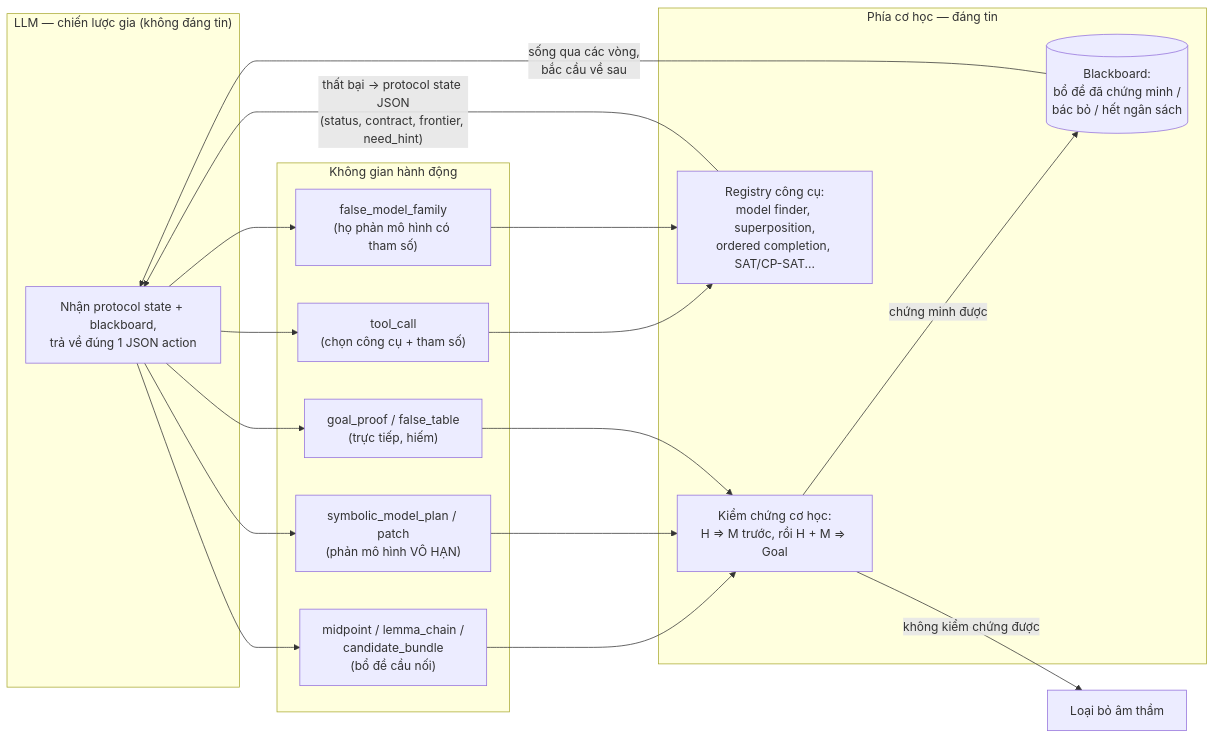
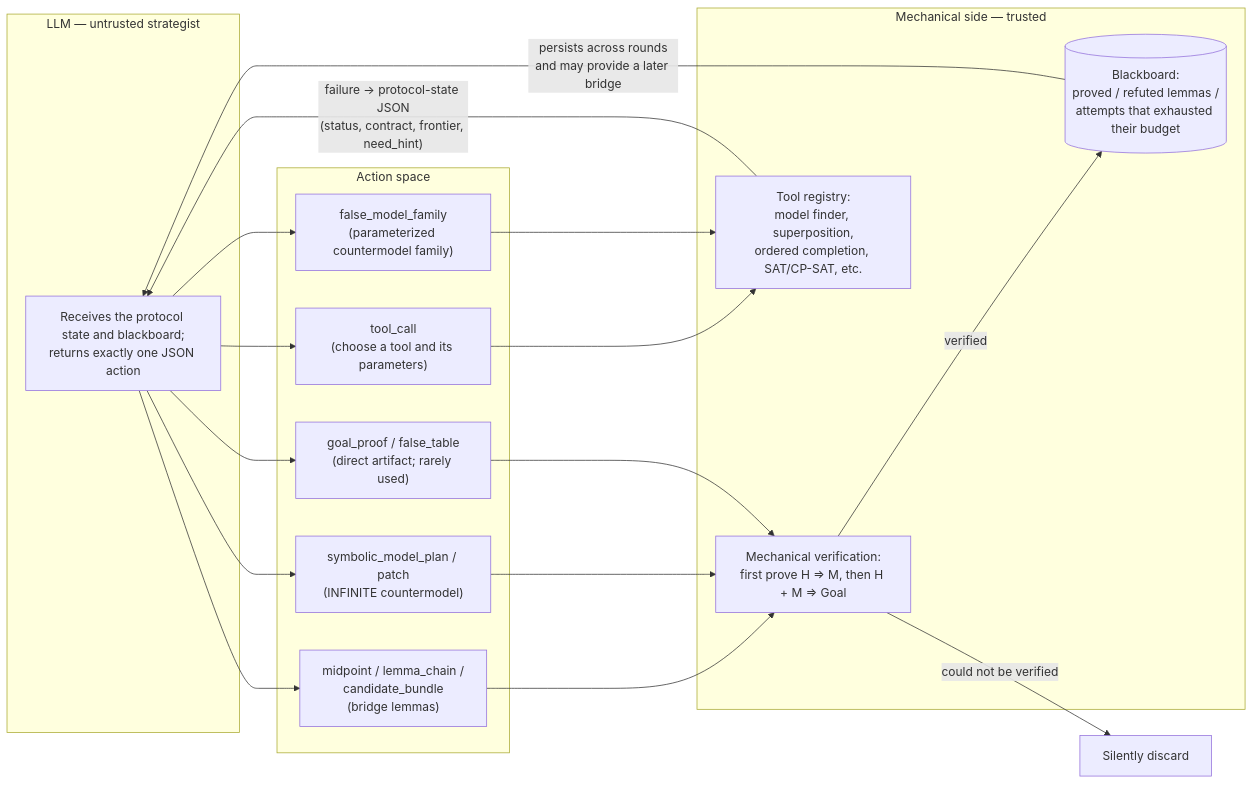
One commit to IamKrill1n/MagmaBallz changed the first of 2 diagrams in SOLVER_STRATEGY_DIAGRAM.md. Above: the diagram before and after it, drawn with Mermaid. The commit also changed other lines of this file, not shown here.

Commit message:
translate diagram

````diff
--- a/SOLVER_STRATEGY_DIAGRAM.md
+++ b/SOLVER_STRATEGY_DIAGRAM.md
@@ -8,31 +20,31 @@
 ```mermaid
 flowchart LR
-    subgraph LLM["LLM — chiến lược gia (không đáng tin)"]
-        A["Nhận protocol state + blackboard,<br/>trả về đúng 1 JSON action"]
+    subgraph LLM["LLM — untrusted strategist"]
+        A["Receives the protocol state and blackboard;<br/>returns exactly one JSON action"]
     end
 
-    subgraph ACTIONS["Không gian hành động"]
-        T1["tool_call<br/>(chọn công cụ + tham số)"]
-        T2["midpoint / lemma_chain /<br/>candidate_bundle<br/>(bổ đề cầu nối)"]
-        T3["false_model_family<br/>(họ phản mô hình có tham số)"]
-        T4["symbolic_model_plan / patch<br/>(phản mô hình VÔ HẠN)"]
-        T5["goal_proof / false_table<br/>(trực tiếp, hiếm)"]
+    subgraph ACTIONS["Action space"]
+        T1["tool_call<br/>(choose a tool and its parameters)"]
+        T2["midpoint / lemma_chain /<br/>candidate_bundle<br/>(bridge lemmas)"]
+        T3["false_model_family<br/>(parameterized countermodel family)"]
+        T4["symbolic_model_plan / patch<br/>(INFINITE countermodel)"]
+        T5["goal_proof / false_table<br/>(direct artifact; rarely used)"]
     end
 
-    subgraph MECH["Phía cơ học — đáng tin"]
-        V["Kiểm chứng cơ học:<br/>H ⇒ M trước, rồi H + M ⇒ Goal"]
-        REG["Registry công cụ:<br/>model finder, superposition,<br/>ordered completion, SAT/CP-SAT..."]
-        BB[("Blackboard:<br/>bổ đề đã chứng minh /<br/>bác bỏ / hết ngân sách")]
+    subgraph MECH["Mechanical side — trusted"]
+        V["Mechanical verification:<br/>first prove H ⇒ M, then H + M ⇒ Goal"]
+        REG["Tool registry:<br/>model finder, superposition,<br/>ordered completion, SAT/CP-SAT, etc."]
+        BB[("Blackboard:<br/>proved / refuted lemmas /<br/>attempts that exhausted their budget")]
     end
 
     A --> T1 & T2 & T3 & T4 & T5
     T1 --> REG
     T2 --> V
     T3 --> REG
     T4 --> V
     T5 --> V
-    V -- "chứng minh được" --> BB
-    V -- "không kiểm chứng được" --> DROP["Loại bỏ âm thầm"]
-    REG -- "thất bại → protocol state JSON<br/>(status, contract, frontier, need_hint)" --> A
-    BB -- "sống qua các vòng,<br/>bắc cầu về sau" --> A
+    V -- "verified" --> BB
+    V -- "could not be verified" --> DROP["Silently discard"]
+    REG -- "failure → protocol-state JSON<br/>(status, contract, frontier, need_hint)" --> A
+    BB -- "persists across rounds<br/>and may provide a later bridge" --> A
 ```
````
